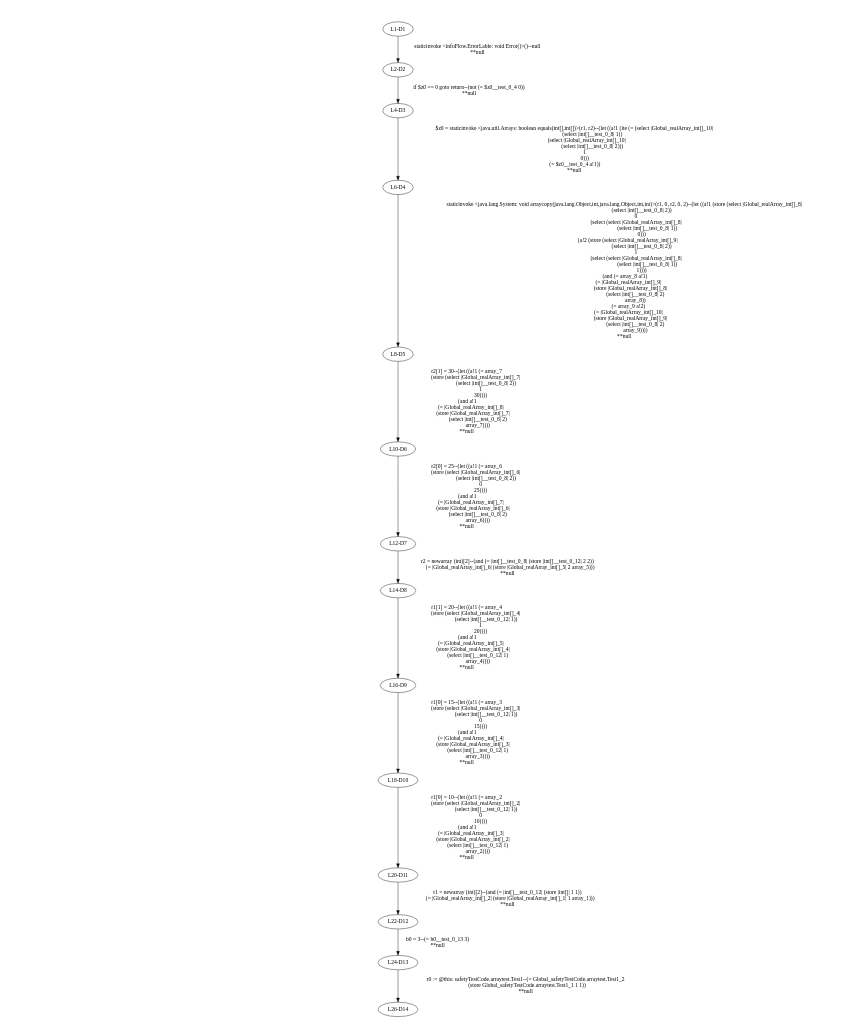
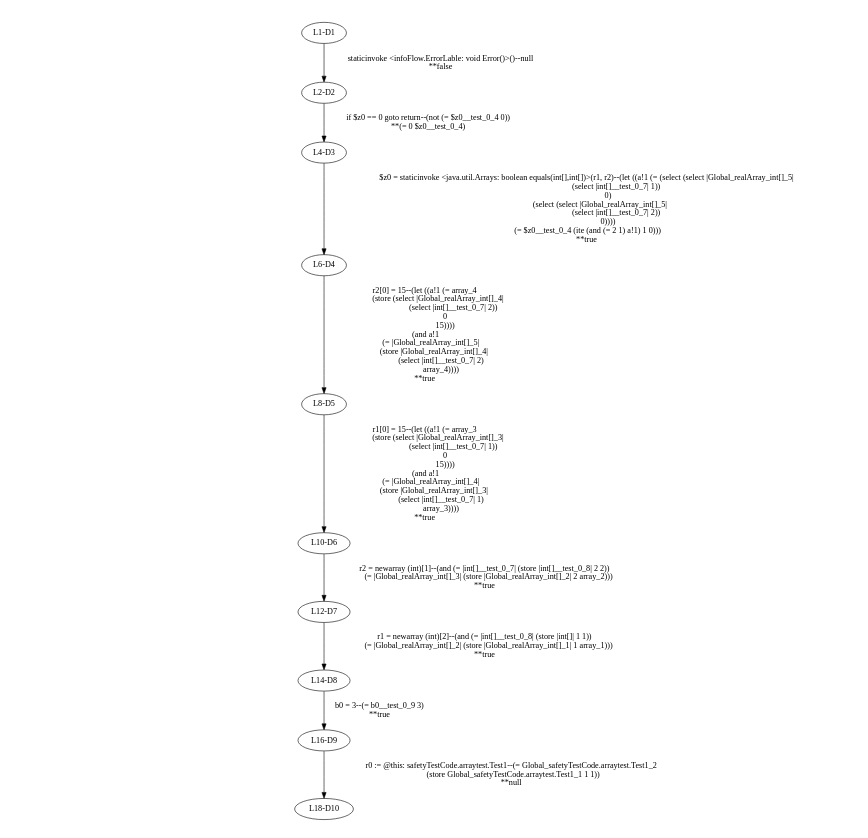
Before and after one commit to gt-wunderhorn/gt-wunderhorn: the diagram in SafetyChecker2/_errors.dot, drawn with Graphviz. The commit also changed 31 other files, not shown here.

```diff
--- a/SafetyChecker2/_errors.dot
+++ b/SafetyChecker2/_errors.dot
@@ -1,106 +1,50 @@
 digraph { 
 	ratio="fill";
 	size="4.3,5.7!";
 	margin=0;
 	"L1-D1" -> "L2-D2"[label="staticinvoke <infoFlow.ErrorLable: void Error()>()--null
-**null"];
+**false"];
 	"L2-D2" -> "L4-D3"[label="if $z0 == 0 goto return--(not (= $z0__test_0_4 0))
-**null"];
-	"L4-D3" -> "L6-D4"[label="$z0 = staticinvoke <java.util.Arrays: boolean equals(int[],int[])>(r1, r2)--(let ((a!1 (ite (= (select |Global_realArray_int[]_10|
-                           (select |int[]__test_0_8| 1))
-                   (select |Global_realArray_int[]_10|
-                           (select |int[]__test_0_8| 2)))
-                1
-                0)))
-  (= $z0__test_0_4 a!1))
-**null"];
-	"L6-D4" -> "L8-D5"[label="staticinvoke <java.lang.System: void arraycopy(java.lang.Object,int,java.lang.Object,int,int)>(r1, 0, r2, 0, 2)--(let ((a!1 (store (select |Global_realArray_int[]_8|
-                          (select |int[]__test_0_8| 2))
-                  0
-                  (select (select |Global_realArray_int[]_8|
-                                  (select |int[]__test_0_8| 1))
-                          0)))
-      (a!2 (store (select |Global_realArray_int[]_9|
-                          (select |int[]__test_0_8| 2))
-                  1
-                  (select (select |Global_realArray_int[]_8|
-                                  (select |int[]__test_0_8| 1))
-                          1))))
-  (and (= array_8 a!1)
-       (= |Global_realArray_int[]_9|
-          (store |Global_realArray_int[]_8|
-                 (select |int[]__test_0_8| 2)
-                 array_8))
-       (= array_9 a!2)
-       (= |Global_realArray_int[]_10|
-          (store |Global_realArray_int[]_9|
-                 (select |int[]__test_0_8| 2)
-                 array_9))))
-**null"];
-	"L8-D5" -> "L10-D6"[label="r2[1] = 30--(let ((a!1 (= array_7
-              (store (select |Global_realArray_int[]_7|
-                             (select |int[]__test_0_8| 2))
-                     1
-                     30))))
-  (and a!1
-       (= |Global_realArray_int[]_8|
-          (store |Global_realArray_int[]_7|
-                 (select |int[]__test_0_8| 2)
-                 array_7))))
-**null"];
-	"L10-D6" -> "L12-D7"[label="r2[0] = 25--(let ((a!1 (= array_6
-              (store (select |Global_realArray_int[]_6|
-                             (select |int[]__test_0_8| 2))
+**(= 0 $z0__test_0_4)"];
+	"L4-D3" -> "L6-D4"[label="$z0 = staticinvoke <java.util.Arrays: boolean equals(int[],int[])>(r1, r2)--(let ((a!1 (= (select (select |Global_realArray_int[]_5|
+                              (select |int[]__test_0_7| 1))
+                      0)
+              (select (select |Global_realArray_int[]_5|
+                              (select |int[]__test_0_7| 2))
+                      0))))
+  (= $z0__test_0_4 (ite (and (= 2 1) a!1) 1 0)))
+**true"];
+	"L6-D4" -> "L8-D5"[label="r2[0] = 15--(let ((a!1 (= array_4
+              (store (select |Global_realArray_int[]_4|
+                             (select |int[]__test_0_7| 2))
                      0
-                     25))))
-  (and a!1
-       (= |Global_realArray_int[]_7|
-          (store |Global_realArray_int[]_6|
-                 (select |int[]__test_0_8| 2)
-                 array_6))))
-**null"];
-	"L12-D7" -> "L14-D8"[label="r2 = newarray (int)[2]--(and (= |int[]__test_0_8| (store |int[]__test_0_12| 2 2))
-     (= |Global_realArray_int[]_6| (store |Global_realArray_int[]_5| 2 array_5)))
-**null"];
-	"L14-D8" -> "L16-D9"[label="r1[1] = 20--(let ((a!1 (= array_4
-              (store (select |Global_realArray_int[]_4|
-                             (select |int[]__test_0_12| 1))
-                     1
-                     20))))
+                     15))))
   (and a!1
        (= |Global_realArray_int[]_5|
           (store |Global_realArray_int[]_4|
-                 (select |int[]__test_0_12| 1)
+                 (select |int[]__test_0_7| 2)
                  array_4))))
-**null"];
-	"L16-D9" -> "L18-D10"[label="r1[0] = 15--(let ((a!1 (= array_3
+**true"];
+	"L8-D5" -> "L10-D6"[label="r1[0] = 15--(let ((a!1 (= array_3
               (store (select |Global_realArray_int[]_3|
-                             (select |int[]__test_0_12| 1))
+                             (select |int[]__test_0_7| 1))
                      0
                      15))))
   (and a!1
        (= |Global_realArray_int[]_4|
           (store |Global_realArray_int[]_3|
-                 (select |int[]__test_0_12| 1)
+                 (select |int[]__test_0_7| 1)
                  array_3))))
-**null"];
-	"L18-D10" -> "L20-D11"[label="r1[0] = 10--(let ((a!1 (= array_2
-              (store (select |Global_realArray_int[]_2|
-                             (select |int[]__test_0_12| 1))
-                     0
-                     10))))
-  (and a!1
-       (= |Global_realArray_int[]_3|
-          (store |Global_realArray_int[]_2|
-                 (select |int[]__test_0_12| 1)
-                 array_2))))
-**null"];
-	"L20-D11" -> "L22-D12"[label="r1 = newarray (int)[2]--(and (= |int[]__test_0_12| (store |int[]| 1 1))
+**true"];
+	"L10-D6" -> "L12-D7"[label="r2 = newarray (int)[1]--(and (= |int[]__test_0_7| (store |int[]__test_0_8| 2 2))
+     (= |Global_realArray_int[]_3| (store |Global_realArray_int[]_2| 2 array_2)))
+**true"];
+	"L12-D7" -> "L14-D8"[label="r1 = newarray (int)[2]--(and (= |int[]__test_0_8| (store |int[]| 1 1))
      (= |Global_realArray_int[]_2| (store |Global_realArray_int[]_1| 1 array_1)))
-**null"];
-	"L22-D12" -> "L24-D13"[label="b0 = 3--(= b0__test_0_13 3)
-**null"];
-	"L24-D13" -> "L26-D14"[label="r0 := @this: safetyTestCode.arraytest.Test1--(= Global_safetyTestCode.arraytest.Test1_2
+**true"];
+	"L14-D8" -> "L16-D9"[label="b0 = 3--(= b0__test_0_9 3)
+**true"];
+	"L16-D9" -> "L18-D10"[label="r0 := @this: safetyTestCode.arraytest.Test1--(= Global_safetyTestCode.arraytest.Test1_2
    (store Global_safetyTestCode.arraytest.Test1_1 1 1))
 **null"];
 }
```
